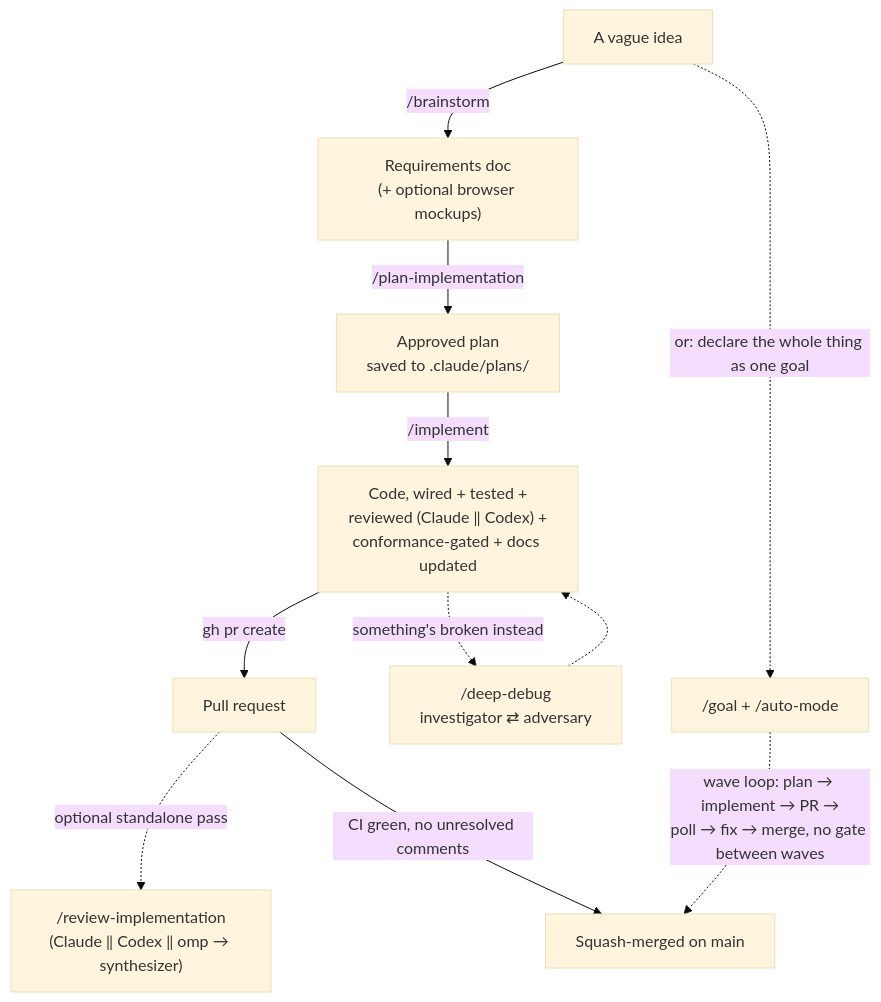
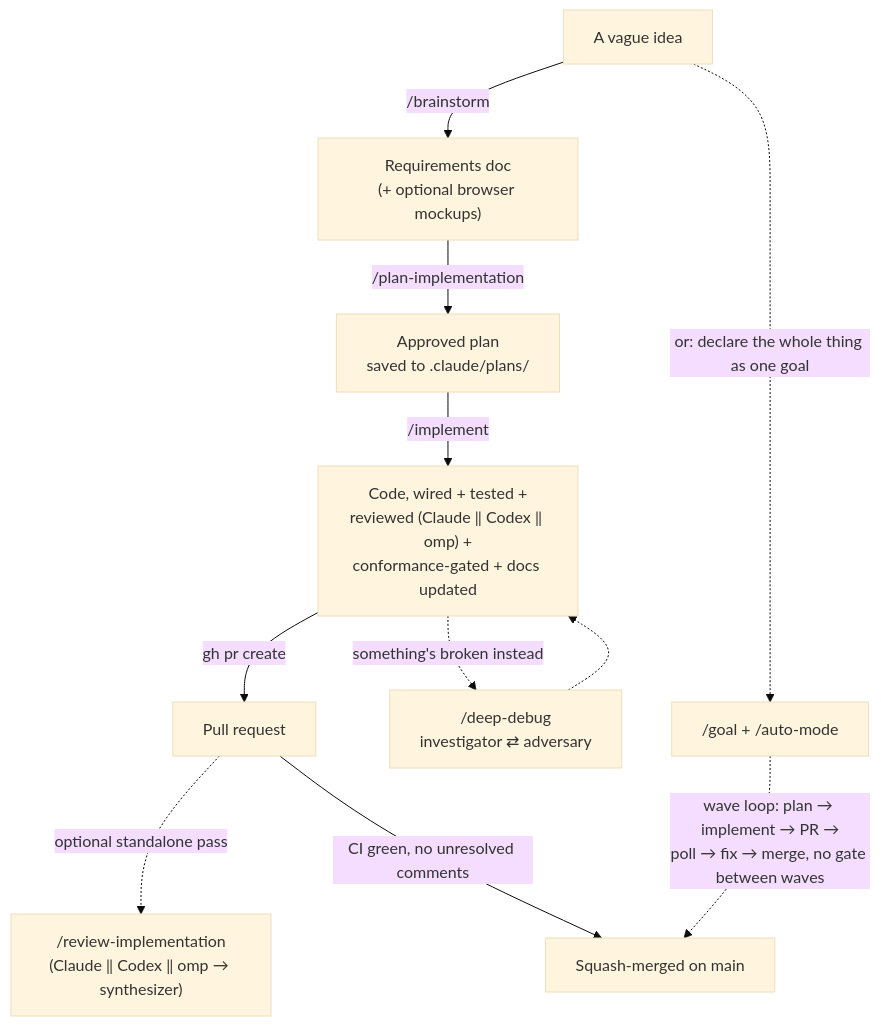
Before and after one commit to nodera-studio/glen: the diagram in .claude/agents/README.md, drawn with Mermaid (base theme). The commit also changed other lines of this file and 11 other files, not shown here.

First line of the commit message:
chore(harness): self-improvement batch 12 — omp engine as third /code-review pass (#33)

````diff
--- a/.claude/agents/README.md
+++ b/.claude/agents/README.md
@@ -117,15 +117,15 @@
 ```mermaid
 flowchart TD
     IDEA["A vague idea"] -->|"/brainstorm"| REQ["Requirements doc<br/>(+ optional browser mockups)"]
     REQ -->|"/plan-implementation"| PLAN["Approved plan<br/>saved to .claude/plans/"]
-    PLAN -->|"/implement"| CODE["Code, wired + tested +<br/>reviewed (Claude ‖ Codex) +<br/>conformance-gated + docs updated"]
+    PLAN -->|"/implement"| CODE["Code, wired + tested +<br/>reviewed (Claude ‖ Codex ‖ omp) +<br/>conformance-gated + docs updated"]
     CODE -->|"gh pr create"| PR["Pull request"]
     PR -.->|"optional standalone pass"| DEEPREV["/review-implementation<br/>(Claude ‖ Codex ‖ omp → synthesizer)"]
     PR -->|"CI green, no unresolved comments"| SHIP["Squash-merged on main"]
 
     IDEA -.->|"or: declare the whole thing as one goal"| GOAL["/goal + /auto-mode"]
     GOAL -.->|"wave loop: plan → implement → PR →<br/>poll → fix → merge, no gate between waves"| SHIP
 
     CODE -.->|"something's broken instead"| DEBUG["/deep-debug<br/>investigator ⇄ adversary"]
     DEBUG -.-> CODE
 ```
````
